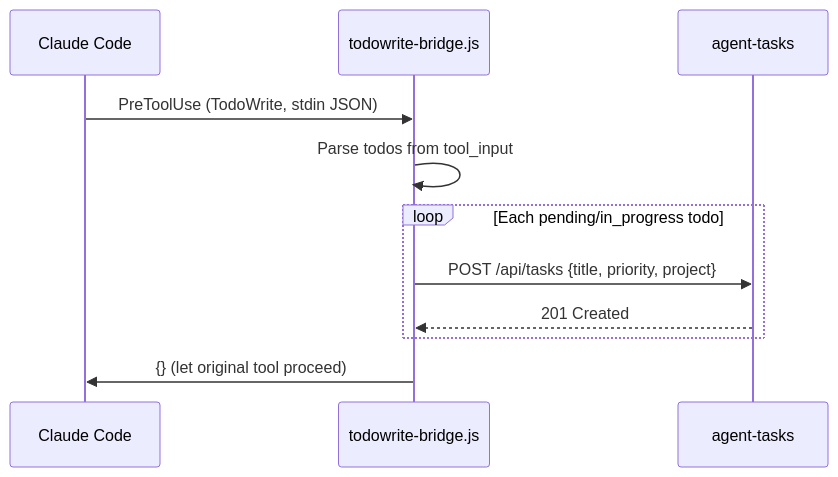
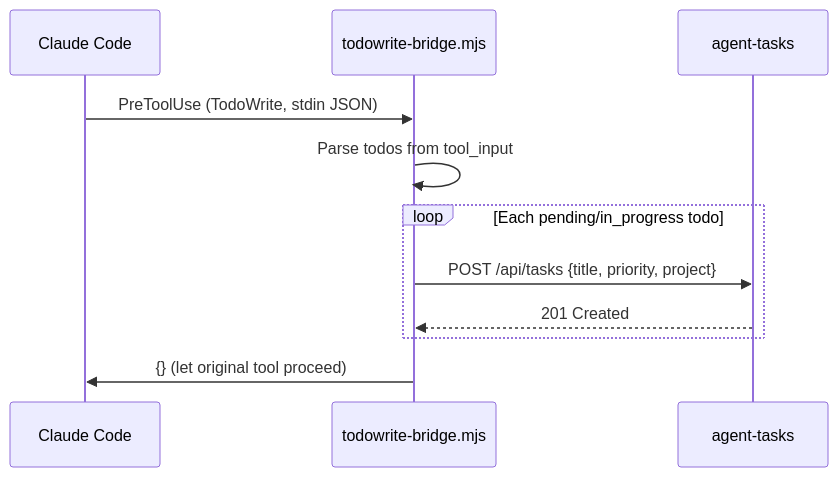
Before and after one commit to keshrath/agent-tasks: the second of 2 diagrams in docs/SETUP.md, drawn with Mermaid. The commit also changed other lines of this file and 101 other files, not shown here.

````diff
--- a/docs/SETUP.md
+++ b/docs/SETUP.md
@@ -328,14 +345,14 @@
 ```mermaid
 sequenceDiagram
     participant CC as Claude Code
-    participant Hook as todowrite-bridge.js
+    participant Hook as todowrite-bridge.mjs
     participant AT as agent-tasks
 
     CC->>Hook: PreToolUse (TodoWrite, stdin JSON)
     Hook->>Hook: Parse todos from tool_input
     loop Each pending/in_progress todo
         Hook->>AT: POST /api/tasks {title, priority, project}
         AT-->>Hook: 201 Created
     end
     Hook->>CC: {} (let original tool proceed)
 ```
````
